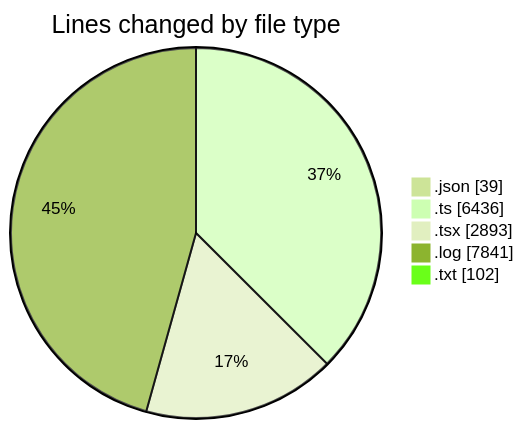
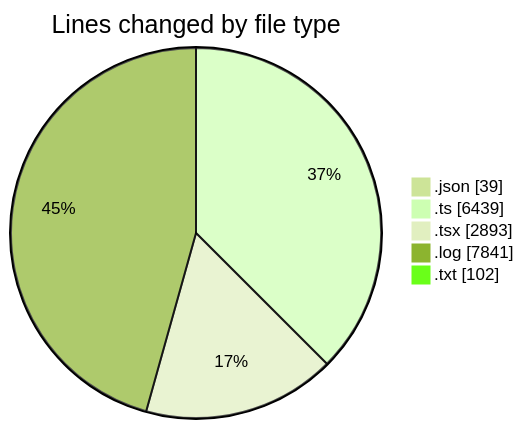
Before and after one commit to lephambinh05/code-tracking: the first of 2 diagrams in 2025-09-13/napxuvn/README.md, drawn with Mermaid (forest theme). The commit also changed other lines of this file and 1 other file, not shown here.

````diff
--- a/2025-09-13/napxuvn/README.md
+++ b/2025-09-13/napxuvn/README.md
@@ -72,9 +72,9 @@
 ```mermaid
 pie showData
 title Lines changed by file type
 ".json" : 39
-".ts" : 6436
+".ts" : 6439
 ".tsx" : 2893
 ".log" : 7841
 ".txt" : 102
 ```
````
